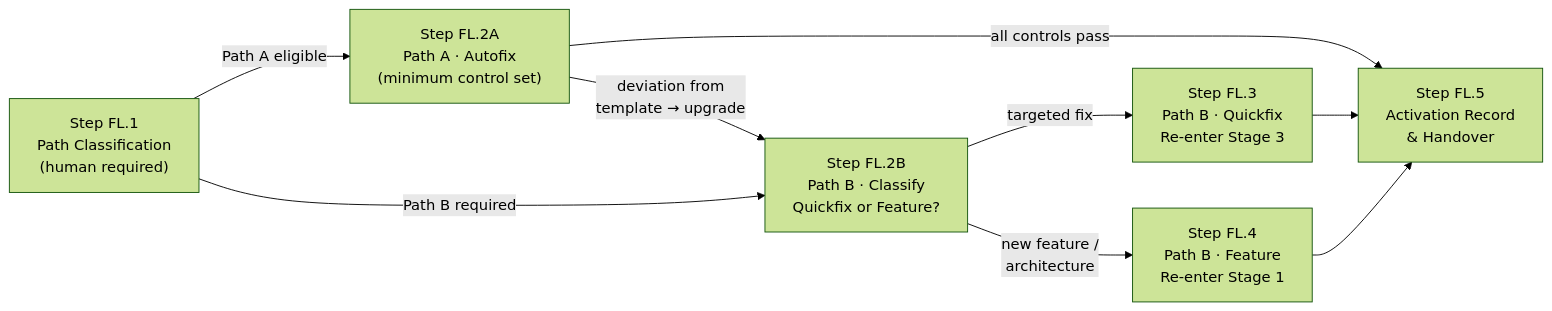
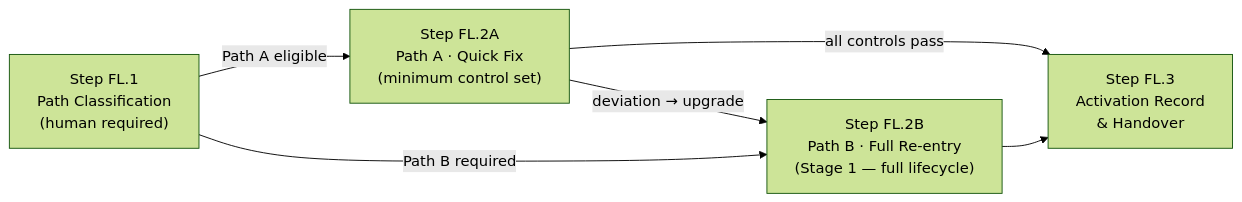
The diagram in feedbackloops/process.md (jvanheerikhuize/a-sdlc), drawn with Mermaid (forest theme) before and after one commit. The commit also changed other lines of this file and 6 other files, not shown here.

````diff
--- a/feedbackloops/process.md
+++ b/feedbackloops/process.md
@@ -31,18 +36,13 @@
 ```mermaid
 flowchart LR
     S1["Step FL.1\nPath Classification\n(human required)"]
-    S2A["Step FL.2A\nPath A · Autofix\n(minimum control set)"]
-    S2B["Step FL.2B\nPath B · Classify\nQuickfix or Feature?"]
-    S3["Step FL.3\nPath B · Quickfix\nRe-enter Stage 3"]
-    S4["Step FL.4\nPath B · Feature\nRe-enter Stage 1"]
-    S5["Step FL.5\nActivation Record\n& Handover"]
+    S2A["Step FL.2A\nPath A · Quick Fix\n(minimum control set)"]
+    S2B["Step FL.2B\nPath B · Full Re-entry\n(Stage 1 — full lifecycle)"]
+    S3["Step FL.3\nActivation Record\n& Handover"]
 
     S1 -->|"Path A eligible"| S2A
     S1 -->|"Path B required"| S2B
-    S2A -->|"all controls pass"| S5
-    S2A -->|"deviation from\ntemplate → upgrade"| S2B
-    S2B -->|"targeted fix"| S3
-    S2B -->|"new feature /\narchitecture"| S4
-    S3 --> S5
-    S4 --> S5
+    S2A -->|"all controls pass"| S3
+    S2A -->|"deviation → upgrade"| S2B
+    S2B --> S3
 ```
````
